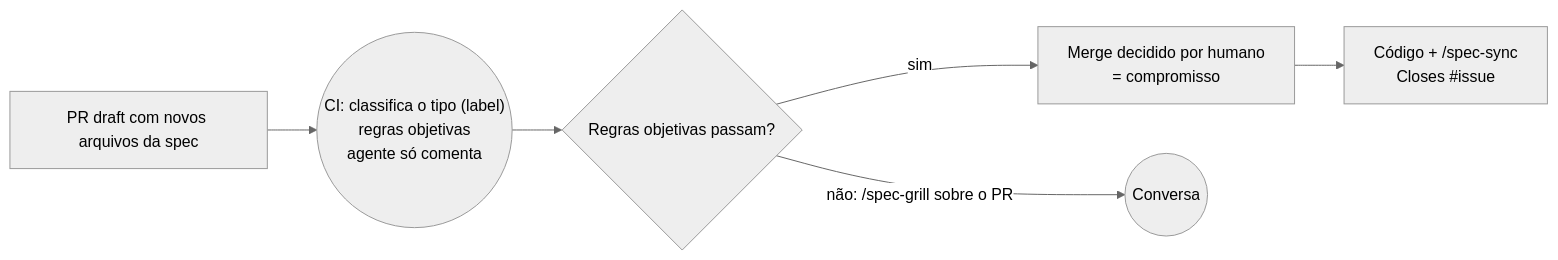
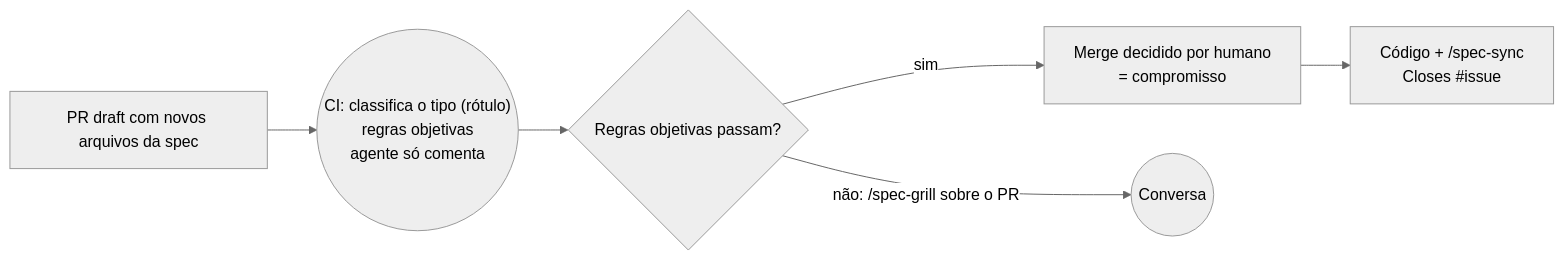
Before and after one commit to useful-toys/Tabularium: the second of 2 diagrams in README.md, drawn with Mermaid (neutral theme). The commit also changed other lines of this file and 4 other files, not shown here.

Commit message:
README e derivados: rótulo no lugar de label; proposta de qualquer tipo, inclusive editorial

````diff
--- a/README.md
+++ b/README.md
@@ -86,8 +86,8 @@
 ```mermaid
 flowchart LR
-  PR["PR draft com novos arquivos da spec"] --> CI(("CI: classifica o tipo (label)<br/>regras objetivas<br/>agente só comenta"))
+  PR["PR draft com novos arquivos da spec"] --> CI(("CI: classifica o tipo (rótulo)<br/>regras objetivas<br/>agente só comenta"))
   CI --> GG{"Regras objetivas passam?"}
   GG -->|sim| A["Merge decidido por humano<br/>= compromisso"]
   GG -->|"não: /spec-grill sobre o PR"| C(("Conversa"))
   A --> E["Código + /spec-sync<br/>Closes #issue"]
 ```
````
